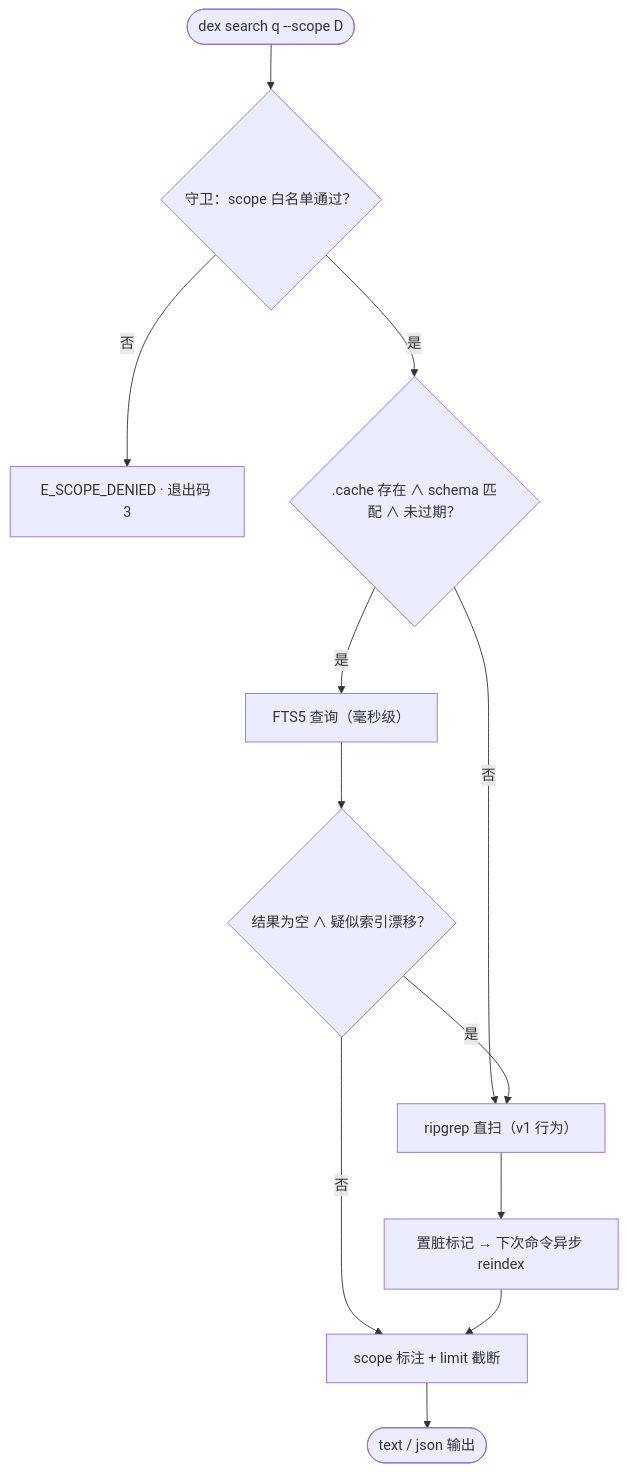
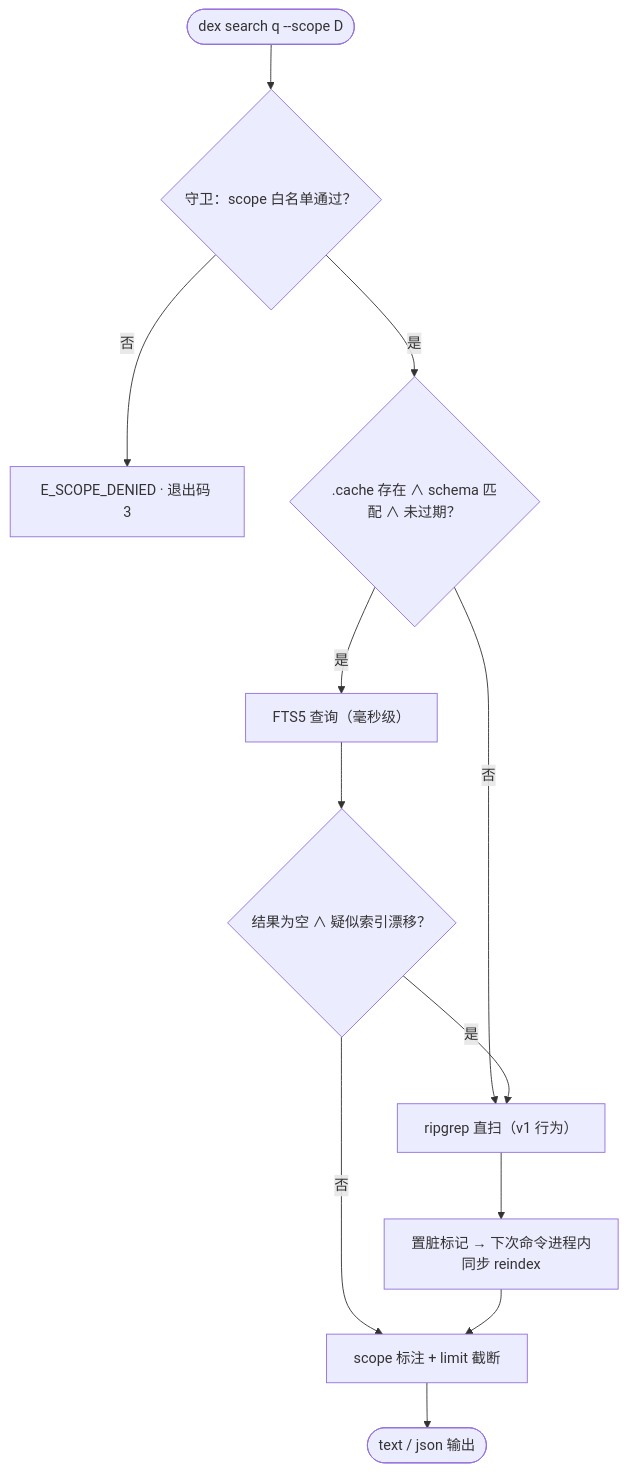
One commit to Jo0OCTsai/pokemon-remember-you changed diagram 13 of 15 in docs/DESIGN.md. Above: the diagram before and after it, drawn with Mermaid. The commit also changed other lines of this file and 5 other files, not shown here.

First line of the commit message:
docs: debt 清偿（需求/设计 v1.11）+ 场景推演时序图（推演 v1.5）

````diff
--- a/docs/DESIGN.md
+++ b/docs/DESIGN.md
@@ -817,14 +851,14 @@
 ```mermaid
 flowchart TD
     S(["dex search q --scope D"]) --> GV{"守卫：scope 白名单通过？"}
     GV -->|"否"| DENY["E_SCOPE_DENIED · 退出码 3"]
     GV -->|"是"| IDX{".cache 存在 ∧ schema 匹配 ∧ 未过期？"}
     IDX -->|"是"| FTS["FTS5 查询（毫秒级）"]
     IDX -->|"否"| RG["ripgrep 直扫（v1 行为）"]
     FTS --> CHK{"结果为空 ∧ 疑似索引漂移？"}
     CHK -->|"是"| RG
     CHK -->|"否"| MERGE
-    RG --> DIRTY["置脏标记 → 下次命令异步 reindex"]
+    RG --> DIRTY["置脏标记 → 下次命令进程内同步 reindex"]
     DIRTY --> MERGE
     MERGE["scope 标注 + limit 截断"] --> RES(["text / json 输出"])
 ```
````
